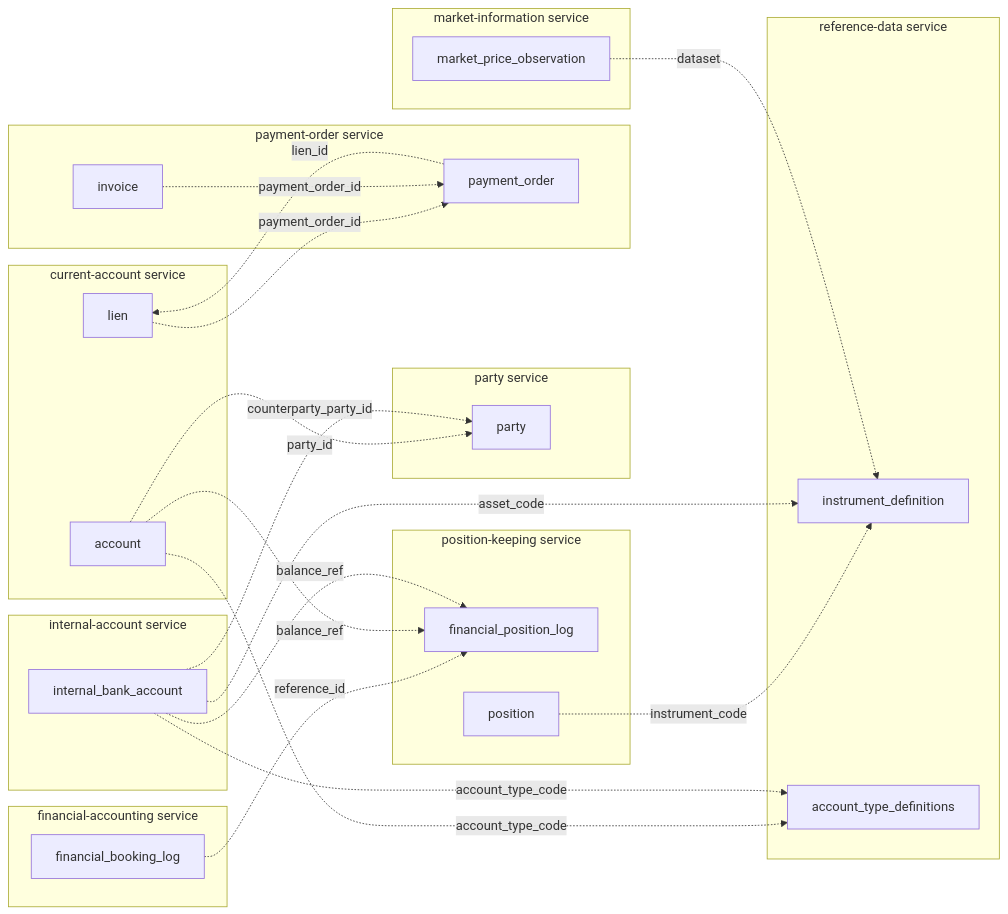
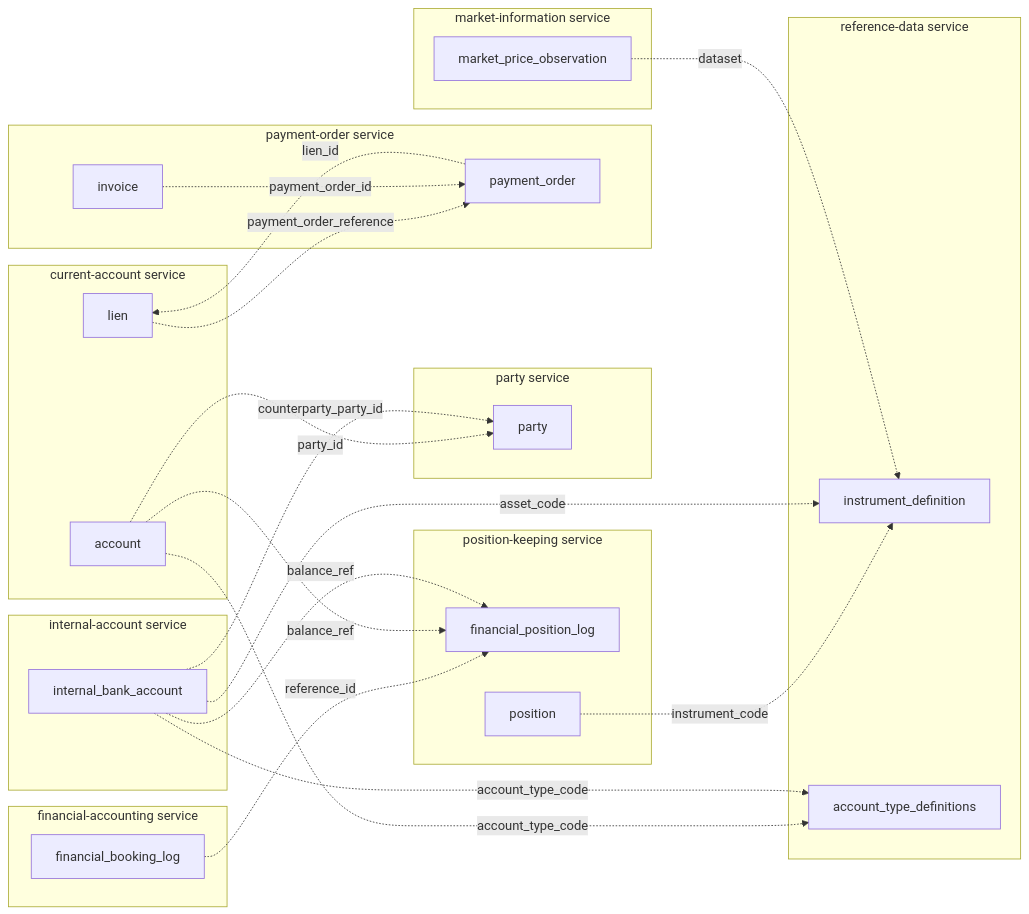
One commit to meridianhub/meridian changed diagram 13 of 13 in docs/architecture/data-model.md. Above: the diagram before and after it, drawn with Mermaid. The commit also changed other lines of this file, not shown here.

````diff
--- a/docs/architecture/data-model.md
+++ b/docs/architecture/data-model.md
@@ -653,45 +663,45 @@
 ```mermaid
 flowchart LR
     subgraph Party["party service"]
         P[party]
     end
     subgraph CA["current-account service"]
         ACC[account]
         CAL[lien]
     end
     subgraph IA["internal-account service"]
         IBA[internal_bank_account]
     end
     subgraph PK["position-keeping service"]
         FPL[financial_position_log]
         POS[position]
     end
     subgraph FA["financial-accounting service"]
         FBL[financial_booking_log]
     end
     subgraph PO["payment-order service"]
         PMO[payment_order]
         INV[invoice]
     end
     subgraph RD["reference-data service"]
         INST[instrument_definition]
         ATD[account_type_definitions]
     end
     subgraph MI["market-information service"]
         OBS[market_price_observation]
     end
 
     ACC -. party_id .-> P
     IBA -. counterparty_party_id .-> P
     ACC -. account_type_code .-> ATD
     IBA -. account_type_code .-> ATD
     POS -. instrument_code .-> INST
     IBA -. asset_code .-> INST
-    CAL -. payment_order_id .-> PMO
+    CAL -. payment_order_reference .-> PMO
     PMO -. lien_id .-> CAL
     INV -. payment_order_id .-> PMO
     FBL -. reference_id .-> FPL
     ACC -. balance_ref .-> FPL
     IBA -. balance_ref .-> FPL
     OBS -. dataset .-> INST
 ```
````
